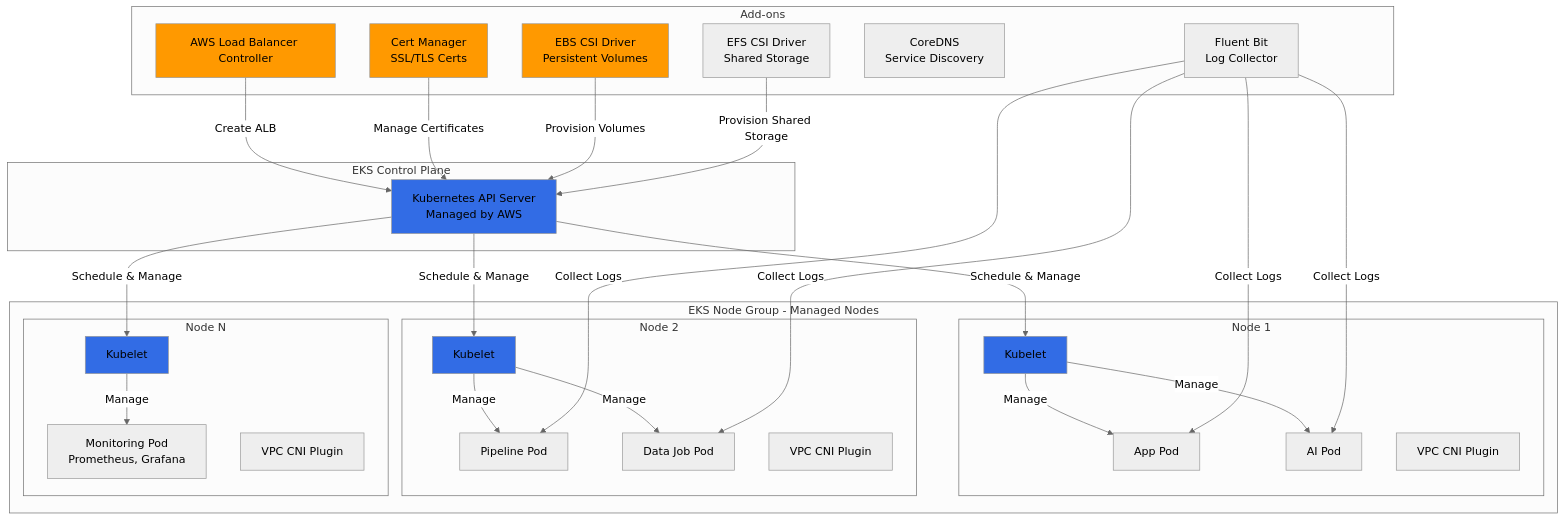
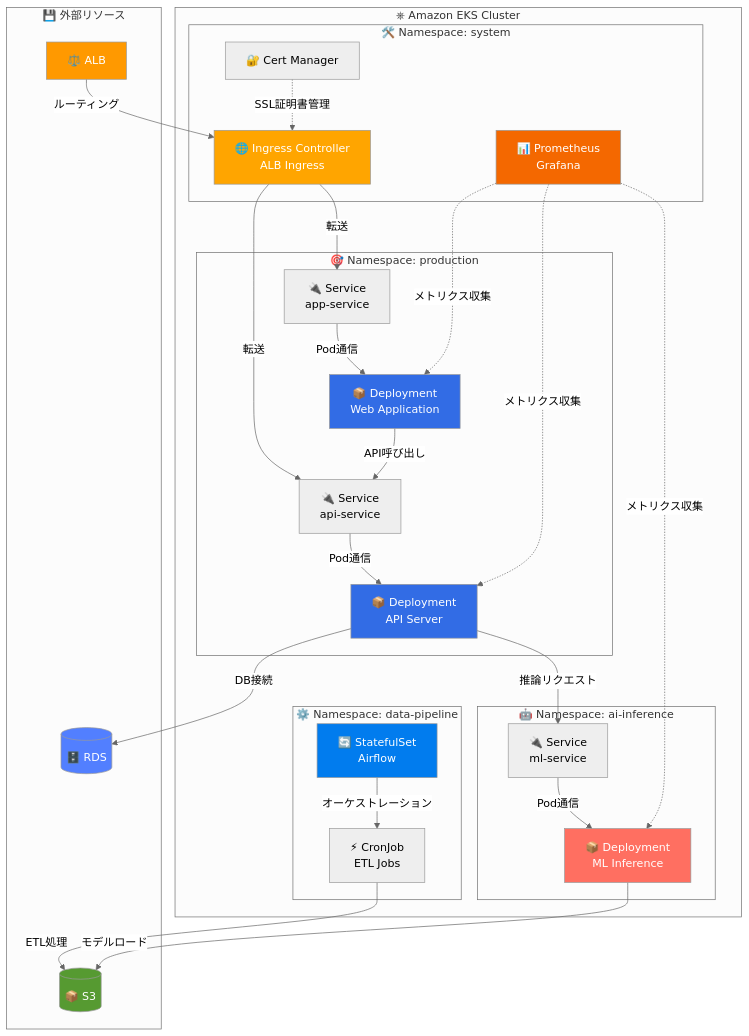
Before and after one commit to mattyopon/Business: the third of 6 diagrams in _archive_case_b_old/インフラ構成図.md, drawn with Mermaid (neutral theme). The commit also changed other lines of this file and 1 other file, not shown here.

First line of the commit message:
アーキテクチャ図を視覚的に改善

````diff
--- a/_archive_case_b_old/インフラ構成図.md
+++ b/_archive_case_b_old/インフラ構成図.md
@@ -94,65 +156,63 @@
 ```mermaid
 graph TB
-    subgraph "EKS Control Plane"
-        APIServer[Kubernetes API Server<br/>Managed by AWS]
-    end
-
-    subgraph "EKS Node Group - Managed Nodes"
-        subgraph "Node 1"
-            Kubelet1[Kubelet]
-            Pod1[App Pod]
-            Pod2[AI Pod]
-            CNI1[VPC CNI Plugin]
+    subgraph "⎈ Amazon EKS Cluster"
+        subgraph "🎯 Namespace: production"
+            DEPLOY_APP[📦 Deployment<br/>Web Application]
+            DEPLOY_API[📦 Deployment<br/>API Server]
+            SVC_APP[🔌 Service<br/>app-service]
+            SVC_API[🔌 Service<br/>api-service]
         end
 
-        subgraph "Node 2"
-            Kubelet2[Kubelet]
-            Pod3[Pipeline Pod]
-            Pod4[Data Job Pod]
-            CNI2[VPC CNI Plugin]
+        subgraph "🤖 Namespace: ai-inference"
+            DEPLOY_ML[📦 Deployment<br/>ML Inference]
+            SVC_ML[🔌 Service<br/>ml-service]
         end
 
-        subgraph "Node N"
-            KubeletN[Kubelet]
-            PodN[Monitoring Pod<br/>Prometheus, Grafana]
-            CNIN[VPC CNI Plugin]
+        subgraph "⚙️ Namespace: data-pipeline"
+            AIRFLOW[🔄 StatefulSet<br/>Airflow]
+            JOBS[⚡ CronJob<br/>ETL Jobs]
+        end
+
+        subgraph "🛠️ Namespace: system"
+            INGRESS[🌐 Ingress Controller<br/>ALB Ingress]
+            CERT[🔐 Cert Manager]
+            MONITOR[📊 Prometheus<br/>Grafana]
         end
     end
 
-    subgraph "Add-ons"
-        IngressController[AWS Load Balancer Controller]
-        CertManager[Cert Manager<br/>SSL/TLS Certs]
-        EBSDriver[EBS CSI Driver<br/>Persistent Volumes]
-        EFSDriver[EFS CSI Driver<br/>Shared Storage]
-        CoreDNS[CoreDNS<br/>Service Discovery]
-        FluentBit[Fluent Bit<br/>Log Collector]
+    subgraph "💾 外部リソース"
+        ALB[⚖️ ALB]
+        RDS[(🗄️ RDS)]
+        S3[(📦 S3)]
     end
 
-    APIServer -->|Schedule & Manage| Kubelet1
-    APIServer -->|Schedule & Manage| Kubelet2
-    APIServer -->|Schedule & Manage| KubeletN
+    ALB -->|ルーティング| INGRESS
+    INGRESS -->|転送| SVC_APP
+    INGRESS -->|転送| SVC_API
+    SVC_APP -->|Pod通信| DEPLOY_APP
+    SVC_API -->|Pod通信| DEPLOY_API
 
-    Kubelet1 -->|Manage| Pod1
-    Kubelet1 -->|Manage| Pod2
-    Kubelet2 -->|Manage| Pod3
-    Kubelet2 -->|Manage| Pod4
-    KubeletN -->|Manage| PodN
+    DEPLOY_APP -->|API呼び出し| SVC_API
+    DEPLOY_API -->|推論リクエスト| SVC_ML
+    SVC_ML -->|Pod通信| DEPLOY_ML
 
-    IngressController -->|Create ALB| APIServer
-    CertManager -->|Manage Certificates| APIServer
-    EBSDriver -->|Provision Volumes| APIServer
-    EFSDriver -->|Provision Shared Storage| APIServer
+    DEPLOY_API -->|DB接続| RDS
+    AIRFLOW -->|オーケストレーション| JOBS
+    JOBS -->|ETL処理| S3
+    DEPLOY_ML -->|モデルロード| S3
 
-    FluentBit -->|Collect Logs| Pod1
-    FluentBit -->|Collect Logs| Pod2
-    FluentBit -->|Collect Logs| Pod3
-    FluentBit -->|Collect Logs| Pod4
+    CERT -.->|SSL証明書管理| INGRESS
+    MONITOR -.->|メトリクス収集| DEPLOY_APP
+    MONITOR -.->|メトリクス収集| DEPLOY_API
+    MONITOR -.->|メトリクス収集| DEPLOY_ML
 
-    style APIServer fill:#326CE5
-    style Kubelet1 fill:#326CE5
-    style Kubelet2 fill:#326CE5
-    style KubeletN fill:#326CE5
-    style IngressController fill:#FF9900
-    style CertManager fill:#FF9900
-    style EBSDriver fill:#FF9900
+    style DEPLOY_APP fill:#326CE5,color:#fff
+    style DEPLOY_API fill:#326CE5,color:#fff
+    style DEPLOY_ML fill:#FF6F61,color:#fff
+    style AIRFLOW fill:#017CEE,color:#fff
+    style INGRESS fill:#FFA500,color:#fff
+    style MONITOR fill:#F46800,color:#fff
+    style ALB fill:#ff9900,color:#fff
+    style RDS fill:#527FFF,color:#fff
+    style S3 fill:#569A31,color:#fff
 ```
````
